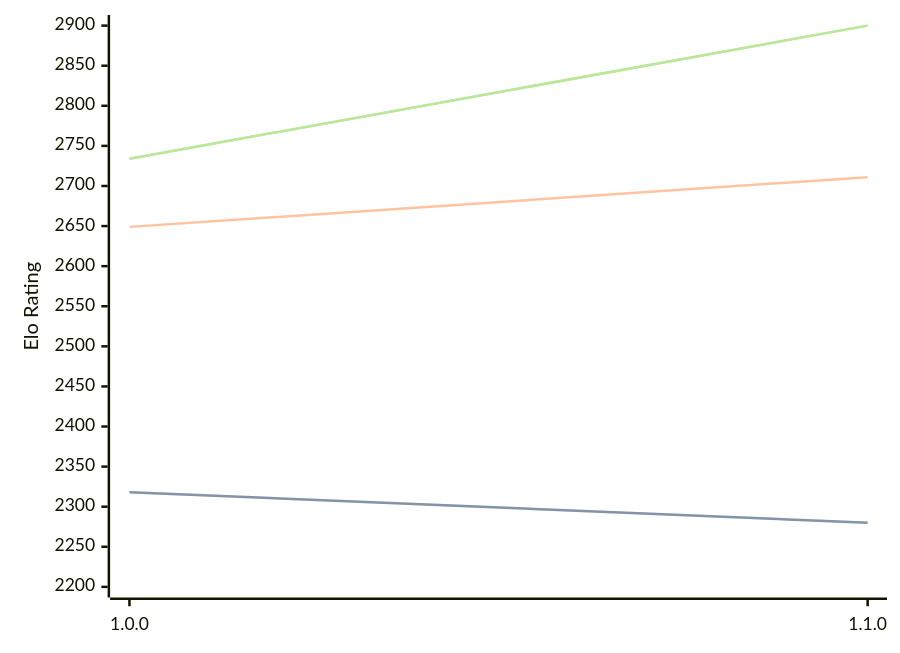
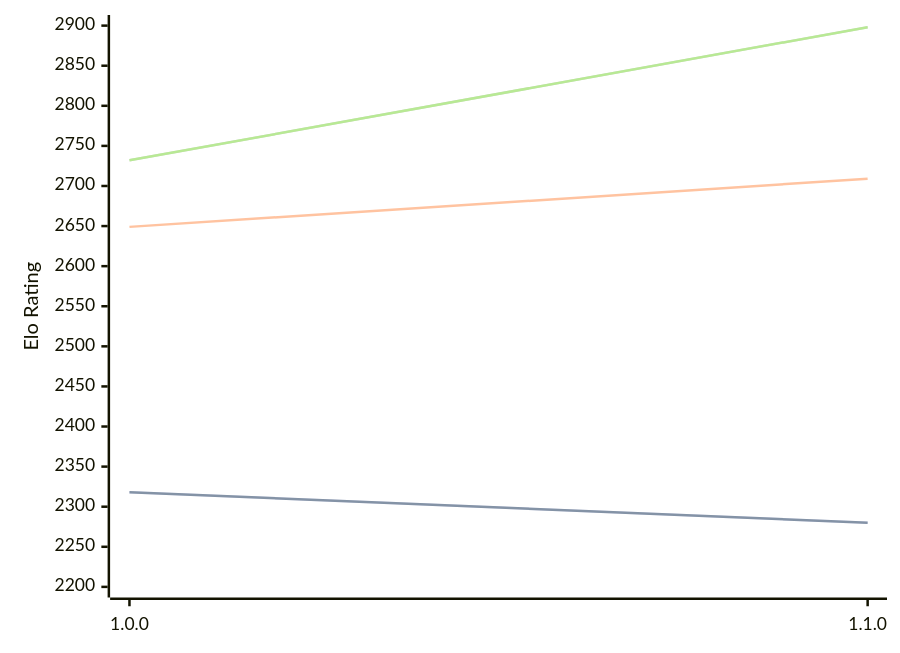
The diagram in engines/ShallowGuess.md (computer-chess-index/cci), drawn with Mermaid before and after one commit. The commit also changed other lines of this file, not shown here.

Commit message:
Update CCI Ratings (ELO VLTC) - 2026-07-28

````diff
--- a/engines/ShallowGuess.md
+++ b/engines/ShallowGuess.md
@@ -36,11 +36,11 @@
 ```mermaid
 %%{init: {"theme":"base","themeVariables":{"seriesColors:['#a3a3a3','#222221','#faa371']}}}%%
 xychart-beta
   x-axis ["1.0.0", "1.1.0"]
   y-axis "Elo Rating" 2200 --> 2900
   line "STC (8.0+0.08s)" [2318, 2280]
   line "STC (8.0+0.08s)" [2318, 2280]
-  line "LTC (60.0+0.60s)" [2649, 2711]
-  line "VLTC (2m24s+1.12s)" [2734, 2900]
-  line "VLTC (2m24s+1.12s)" [2734, 2900]
+  line "LTC (60.0+0.60s)" [2649, 2709]
+  line "VLTC (2m24s+1.12s)" [2732, 2898]
+  line "VLTC (2m24s+1.12s)" [2732, 2898]
 ```
````
